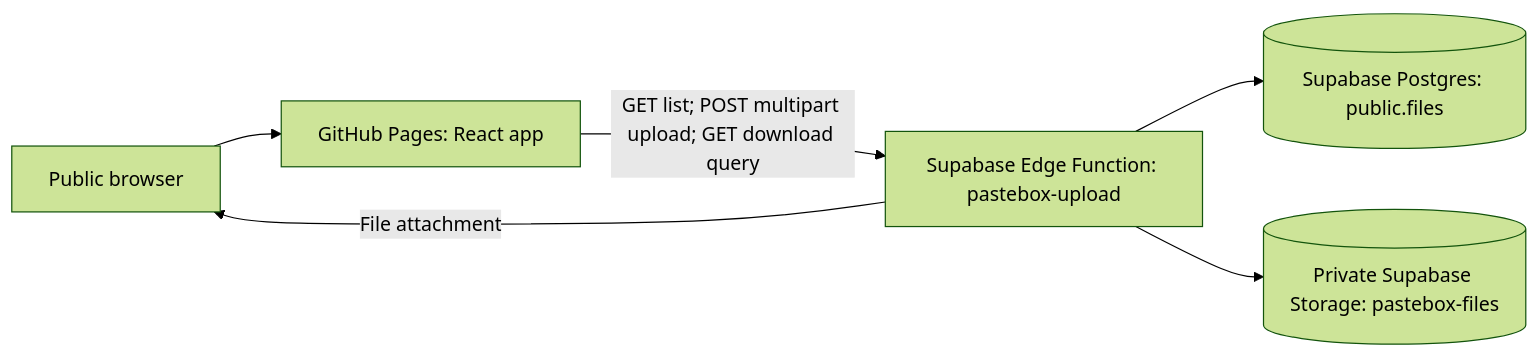
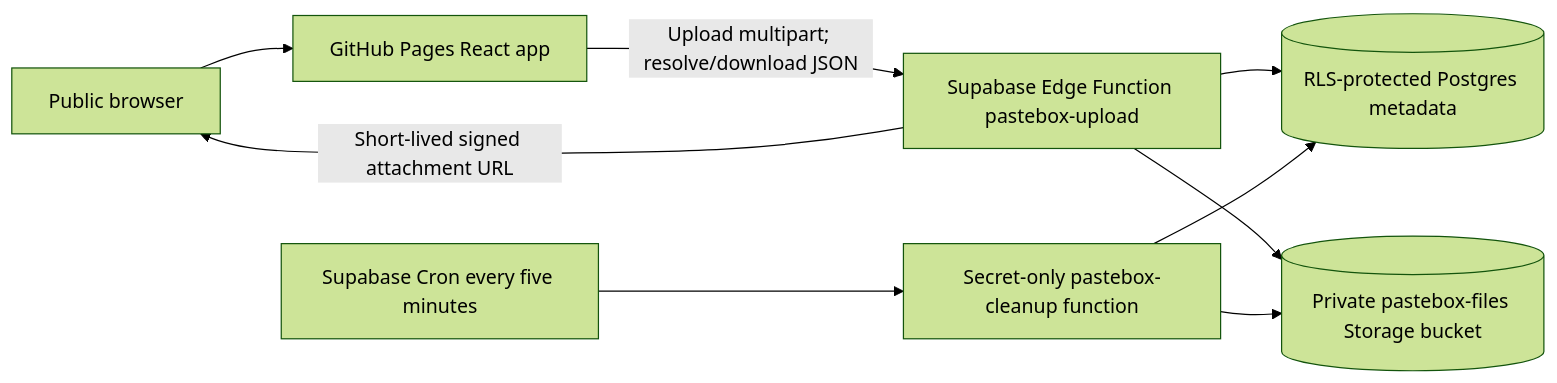
Before and after one commit to nullinam/PASTEBOX: the diagram in docs/ARCHITECTURE.md, drawn with Mermaid (forest theme). The commit also changed other lines of this file and 22 other files, not shown here.

````diff
--- a/docs/ARCHITECTURE.md
+++ b/docs/ARCHITECTURE.md
@@ -5,13 +5,18 @@
 ```mermaid
 flowchart LR
   Browser[Public browser]
-  Pages[GitHub Pages: React app]
-  Function[Supabase Edge Function: pastebox-upload]
-  DB[(Supabase Postgres: public.files)]
-  Bucket[(Private Supabase Storage: pastebox-files)]
+  Pages[GitHub Pages React app]
+  API[Supabase Edge Function pastebox-upload]
+  Cleanup[Secret-only pastebox-cleanup function]
+  DB[(RLS-protected Postgres metadata)]
+  Bucket[(Private pastebox-files Storage bucket)]
+  Cron[Supabase Cron every five minutes]
   Browser --> Pages
-  Pages -->|GET list; POST multipart upload; GET download query| Function
-  Function --> DB
-  Function --> Bucket
-  Function -->|File attachment| Browser
+  Pages -->|Upload multipart; resolve/download JSON| API
+  API --> DB
+  API --> Bucket
+  API -->|Short-lived signed attachment URL| Browser
+  Cron --> Cleanup
+  Cleanup --> DB
+  Cleanup --> Bucket
 ```
````
